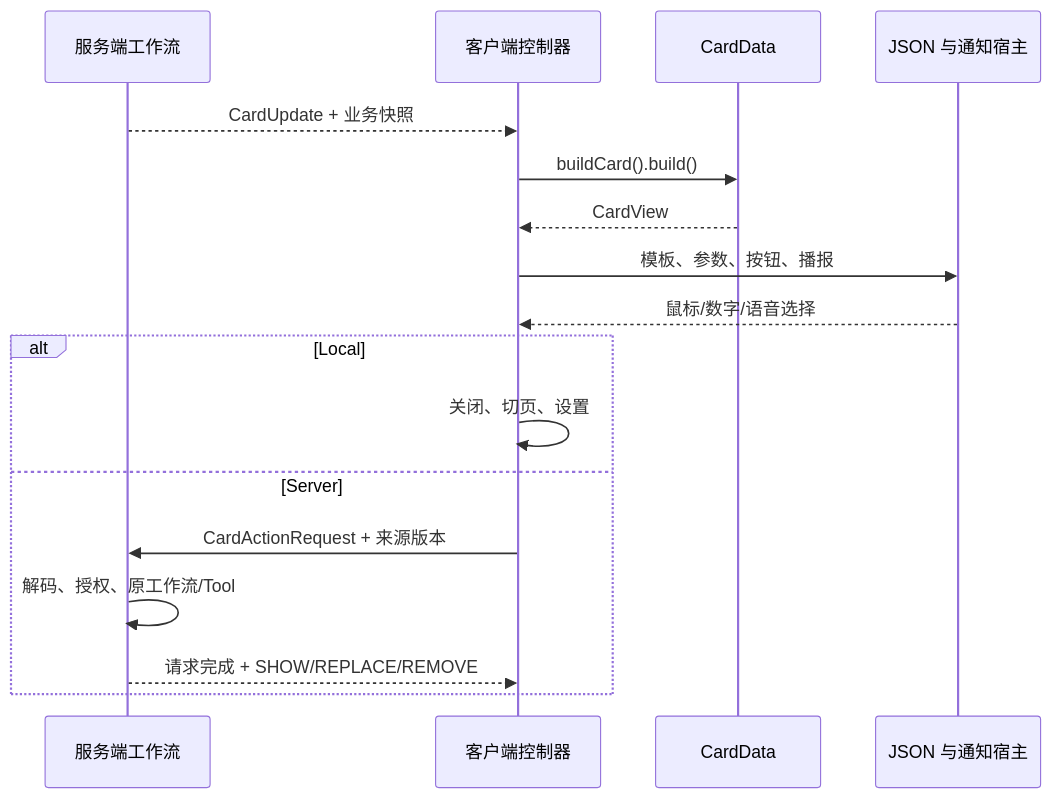
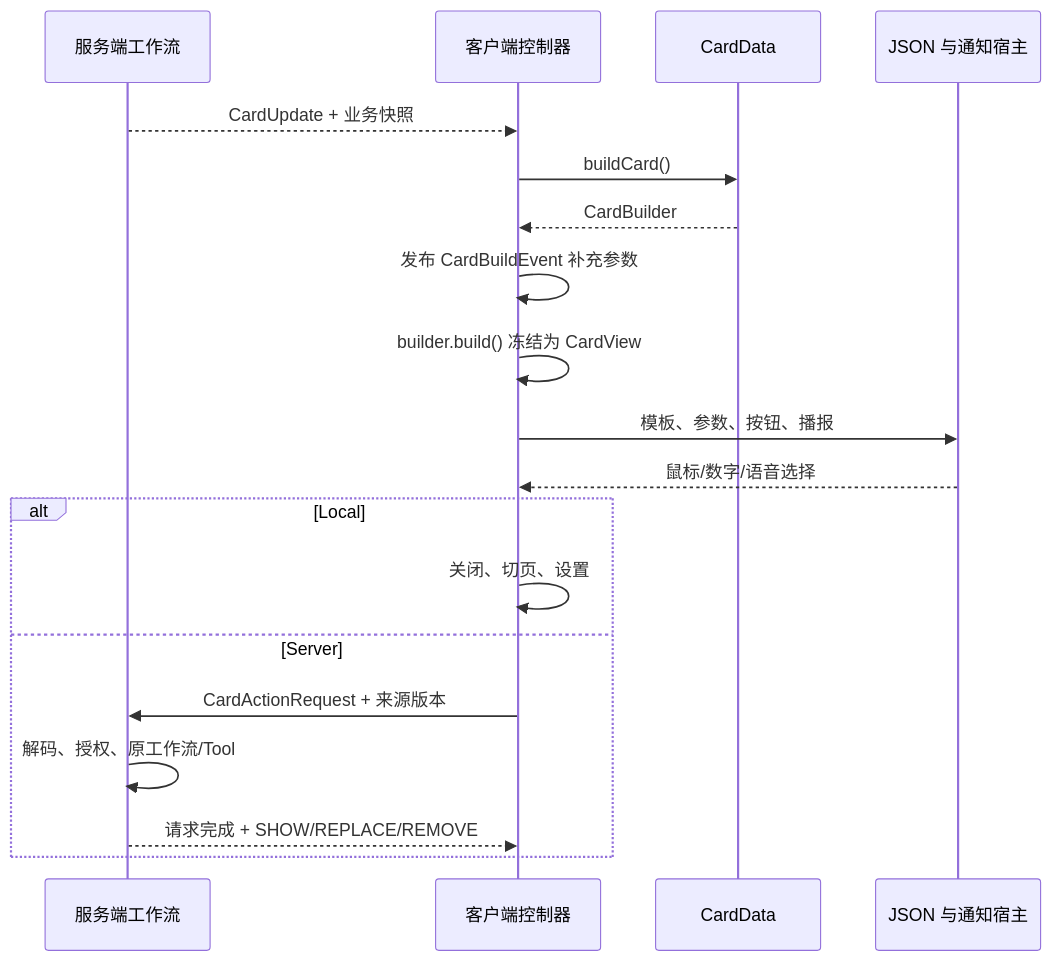
One commit to IAFEnvoy/System-Mod changed the diagram in docs/card-flow-design.md. Above: the diagram before and after it, drawn with Mermaid. The commit also changed other lines of this file and 50 other files, not shown here.

Commit message:
feat: new player card, card build event, optimize full gui

````diff
--- a/docs/card-flow-design.md
+++ b/docs/card-flow-design.md
@@ -17,19 +17,21 @@
 ```mermaid
 sequenceDiagram
     participant S as 服务端工作流
     participant C as 客户端控制器
     participant D as CardData
     participant V as JSON 与通知宿主
     S-->>C: CardUpdate + 业务快照
-    C->>D: buildCard().build()
-    D-->>C: CardView
+    C->>D: buildCard()
+    D-->>C: CardBuilder
+    C->>C: 发布 CardBuildEvent 补充参数
+    C->>C: builder.build() 冻结为 CardView
     C->>V: 模板、参数、按钮、播报
     V-->>C: 鼠标/数字/语音选择
     alt Local
         C->>C: 关闭、切页、设置
     else Server
         C->>S: CardActionRequest + 来源版本
         S->>S: 解码、授权、原工作流/Tool
         S-->>C: 请求完成 + SHOW/REPLACE/REMOVE
     end
 ```
````
